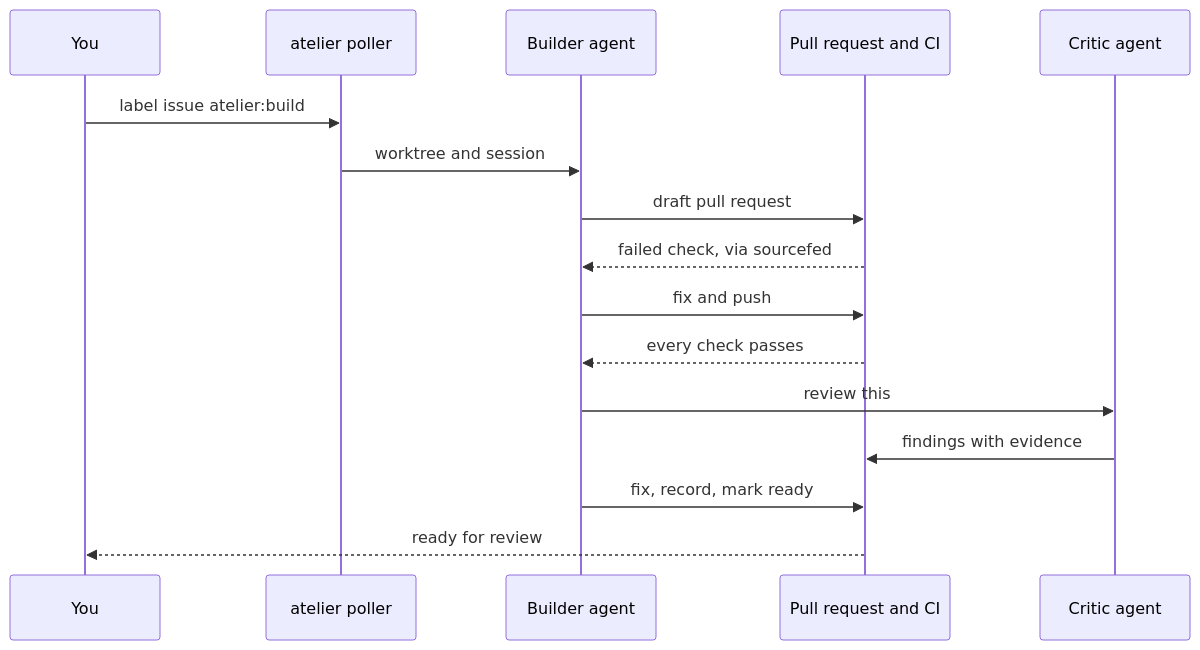
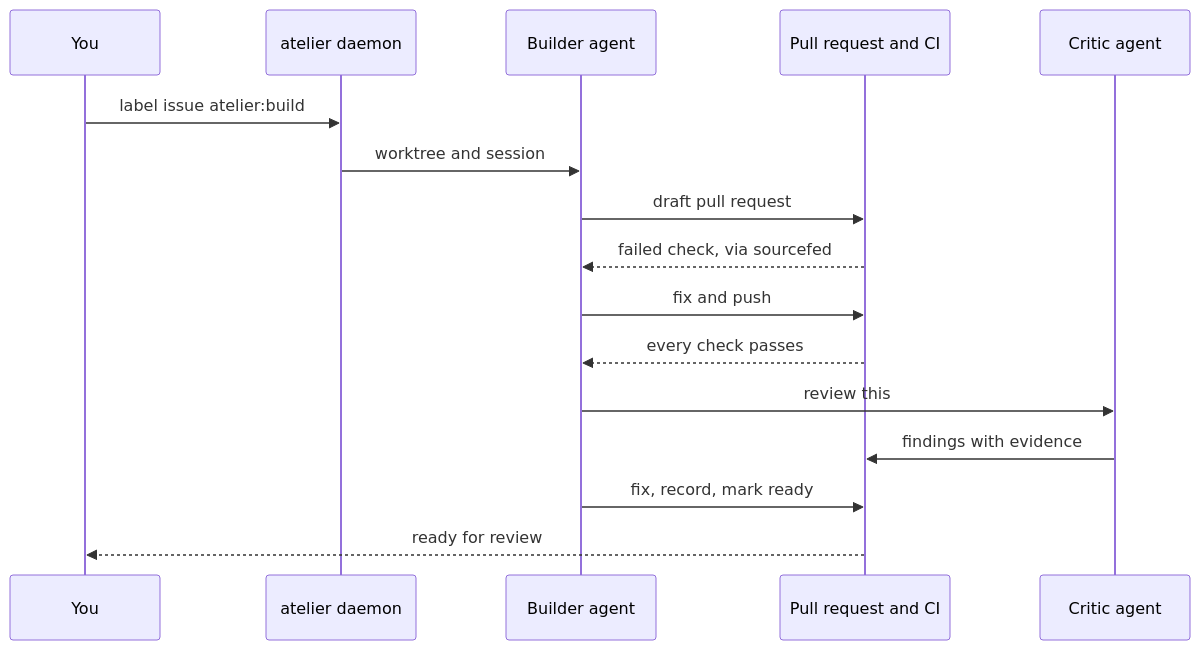
The first of 4 diagrams in README.md (StevenJPx2/atelier), drawn with Mermaid before and after one commit. The commit also changed other lines of this file, not shown here.

Commit message:
docs: run atelier as a daemon, and filter the issues it takes

````diff
--- a/README.md
+++ b/README.md
@@ -18,18 +18,18 @@
 ```mermaid
 sequenceDiagram
     participant You
-    participant Atelier as atelier poller
+    participant Atelier as atelier daemon
     participant Builder as Builder agent
     participant PR as Pull request and CI
     participant Critic as Critic agent
     You->>Atelier: label issue atelier:build
     Atelier->>Builder: worktree and session
     Builder->>PR: draft pull request
     PR-->>Builder: failed check, via sourcefed
     Builder->>PR: fix and push
     PR-->>Builder: every check passes
     Builder->>Critic: review this
     Critic->>PR: findings with evidence
     Builder->>PR: fix, record, mark ready
     PR-->>You: ready for review
 ```
````
